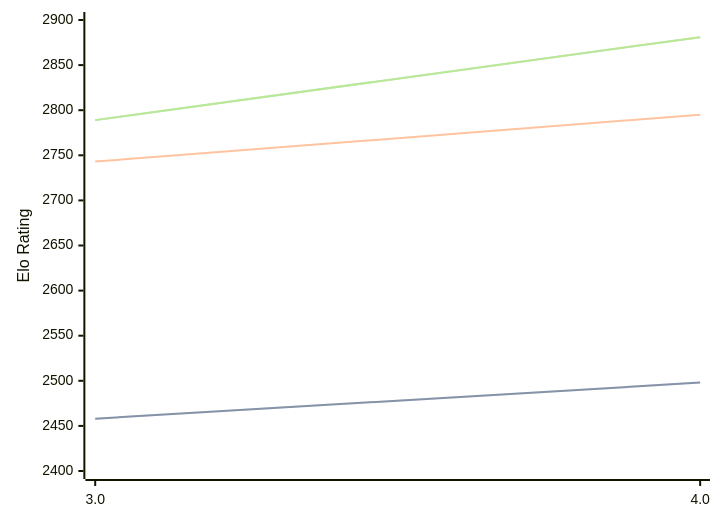
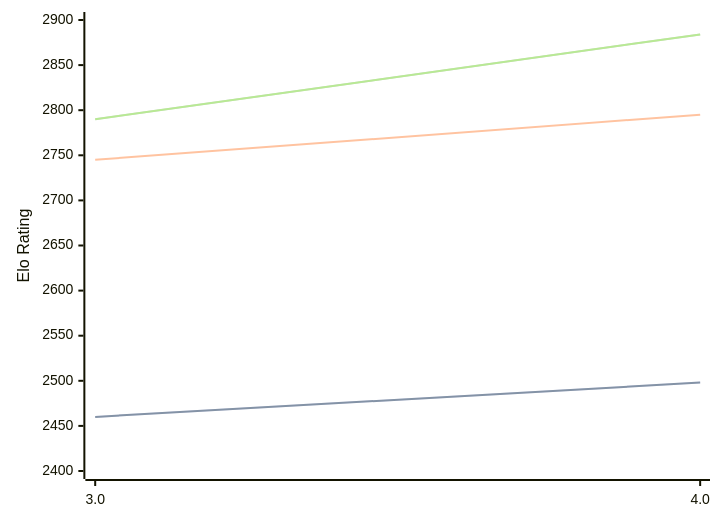
One commit to computer-chess-index/cci changed the diagram in engines/Chess3.md. Above: the diagram before and after it, drawn with Mermaid. The commit also changed other lines of this file, not shown here.

Commit message:
Update CCI Ratings (ELO VLTC) - 2026-07-24

````diff
--- a/engines/Chess3.md
+++ b/engines/Chess3.md
@@ -34,11 +34,11 @@
 ```mermaid
 %%{init: {"theme":"base","themeVariables":{"seriesColors:['#a3a3a3','#222221','#faa371']}}}%%
 xychart-beta
   x-axis ["3.0", "4.0"]
   y-axis "Elo Rating" 2400 --> 2900
-  line "STC (8.0+0.08s)" [2458, 2498]
-  line "STC (8.0+0.08s)" [2458, 2498]
-  line "LTC (60.0+0.60s)" [2743, 2795]
-  line "VLTC (2m24s+1.12s)" [2789, 2881]
-  line "VLTC (2m24s+1.12s)" [2789, 2881]
+  line "STC (8.0+0.08s)" [2460, 2498]
+  line "STC (8.0+0.08s)" [2460, 2498]
+  line "LTC (60.0+0.60s)" [2745, 2795]
+  line "VLTC (2m24s+1.12s)" [2790, 2884]
+  line "VLTC (2m24s+1.12s)" [2790, 2884]
 ```
````
